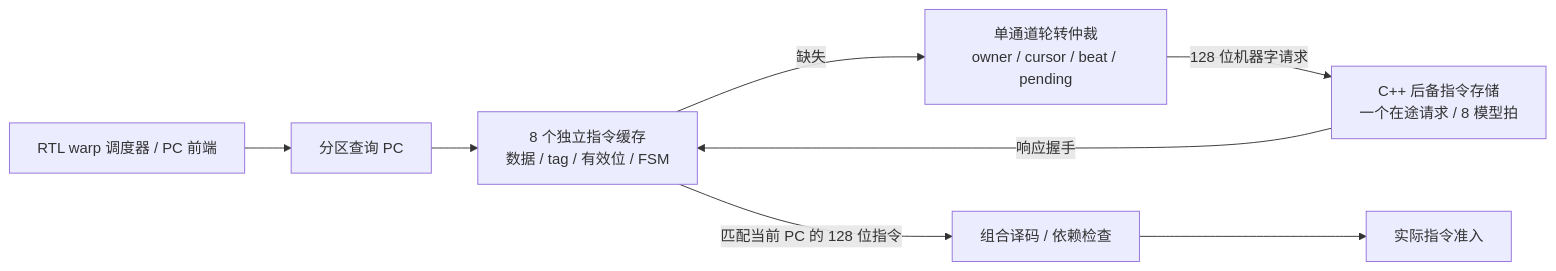
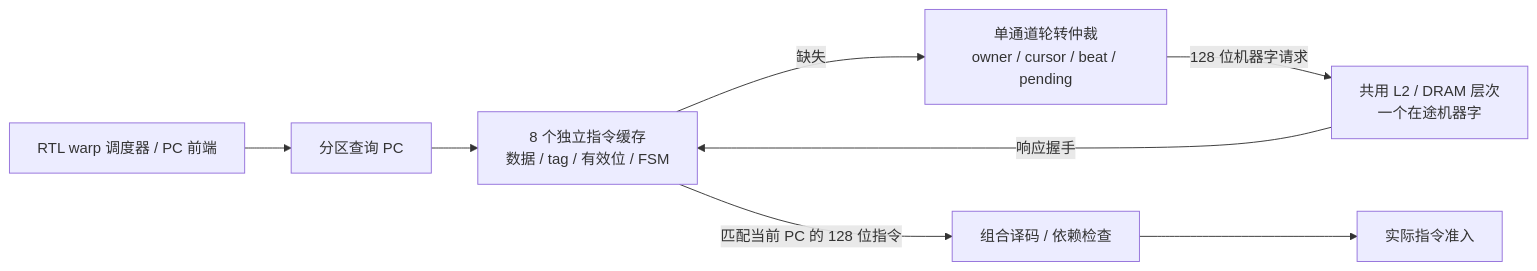
Before and after one commit to zdshq/simt-lab: the diagram in docs/RTL_INSTRUCTION_FETCH.md, drawn with Mermaid. The commit also changed other lines of this file and 39 other files, not shown here.

````diff
--- a/docs/RTL_INSTRUCTION_FETCH.md
+++ b/docs/RTL_INSTRUCTION_FETCH.md
@@ -21,10 +21,10 @@
 ```mermaid
 flowchart LR
     W[RTL warp 调度器 / PC 前端] --> Q[分区查询 PC]
     Q --> C[8 个独立指令缓存<br/>数据 / tag / 有效位 / FSM]
     C -->|缺失| A[单通道轮转仲裁<br/>owner / cursor / beat / pending]
-    A -->|128 位机器字请求| M[C++ 后备指令存储<br/>一个在途请求 / 8 模型拍]
+    A -->|128 位机器字请求| M[共用 L2 / DRAM 层次<br/>一个在途机器字]
     M -->|响应握手| C
     C -->|匹配当前 PC 的 128 位指令| D[组合译码 / 依赖检查]
     D --> I[实际指令准入]
 ```
````
